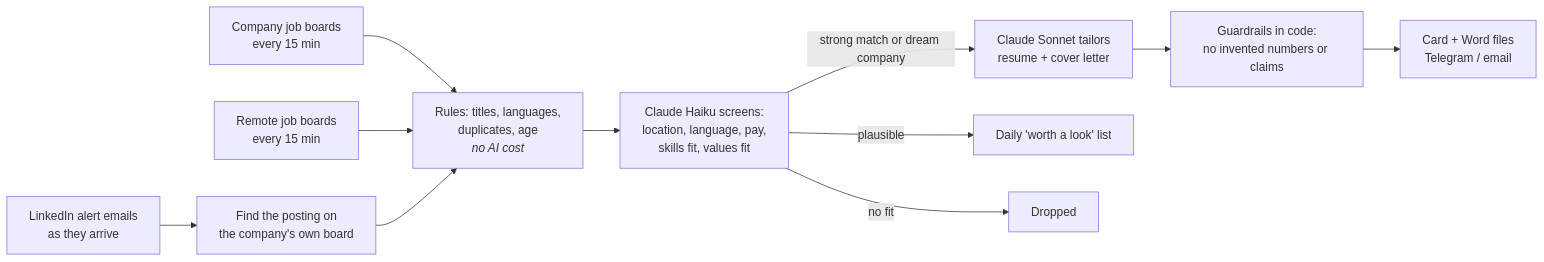
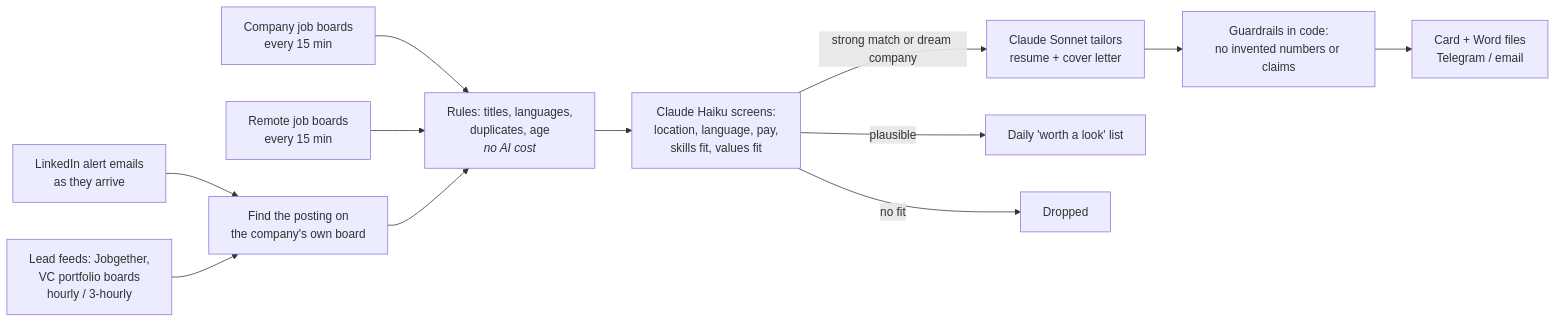
The diagram in README.md (blockgeneral/jobradar), drawn with Mermaid before and after one commit. The commit also changed other lines of this file and 27 other files, not shown here.

````diff
--- a/README.md
+++ b/README.md
@@ -86,12 +86,13 @@
 ```mermaid
 flowchart LR
   A[Company job boards<br/>every 15 min] --> D
   B[Remote job boards<br/>every 15 min] --> D
   C[LinkedIn alert emails<br/>as they arrive] --> L[Find the posting on<br/>the company's own board] --> D
+  V[Lead feeds: Jobgether,<br/>VC portfolio boards<br/>hourly / 3-hourly] --> L
   D[Rules: titles, languages,<br/>duplicates, age<br/><i>no AI cost</i>] --> E[Claude Haiku screens:<br/>location, language, pay,<br/>skills fit, values fit]
   E -->|strong match or dream company| F[Claude Sonnet tailors<br/>resume + cover letter]
   E -->|plausible| G[Daily 'worth a look' list]
   E -->|no fit| X[Dropped]
   F --> H[Guardrails in code:<br/>no invented numbers or claims]
   H --> I[Card + Word files<br/>Telegram / email]
 ```
````
